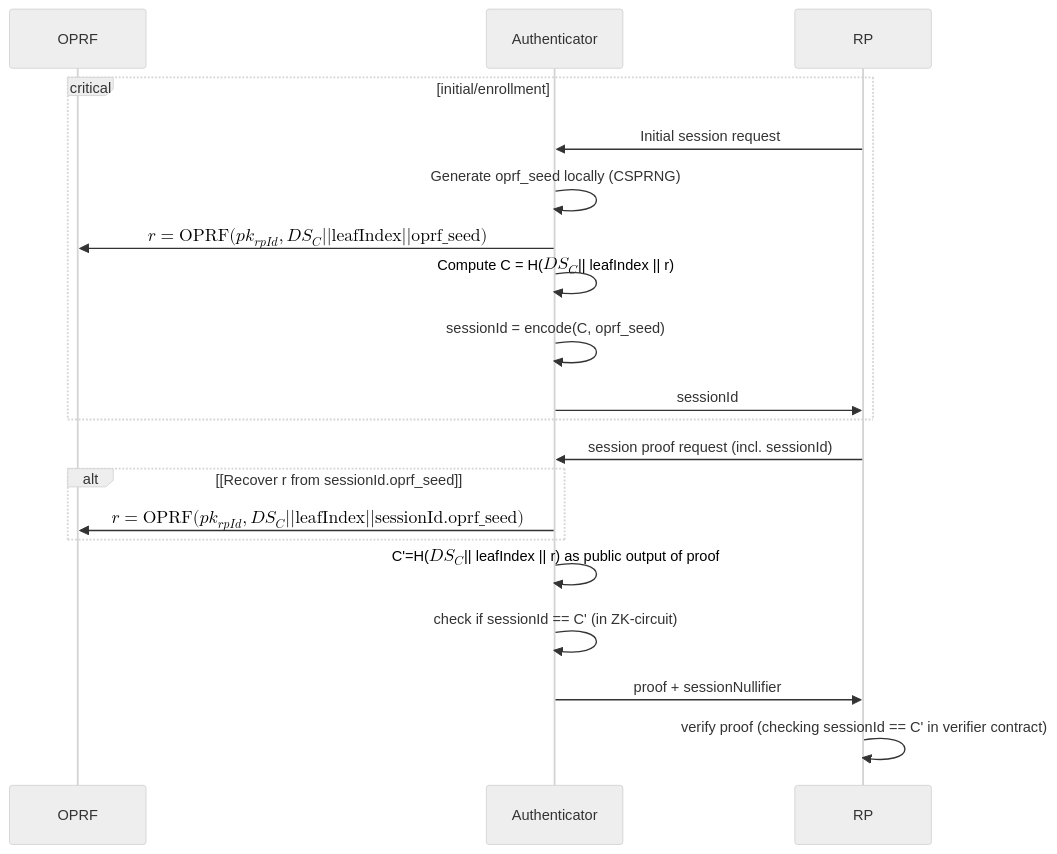
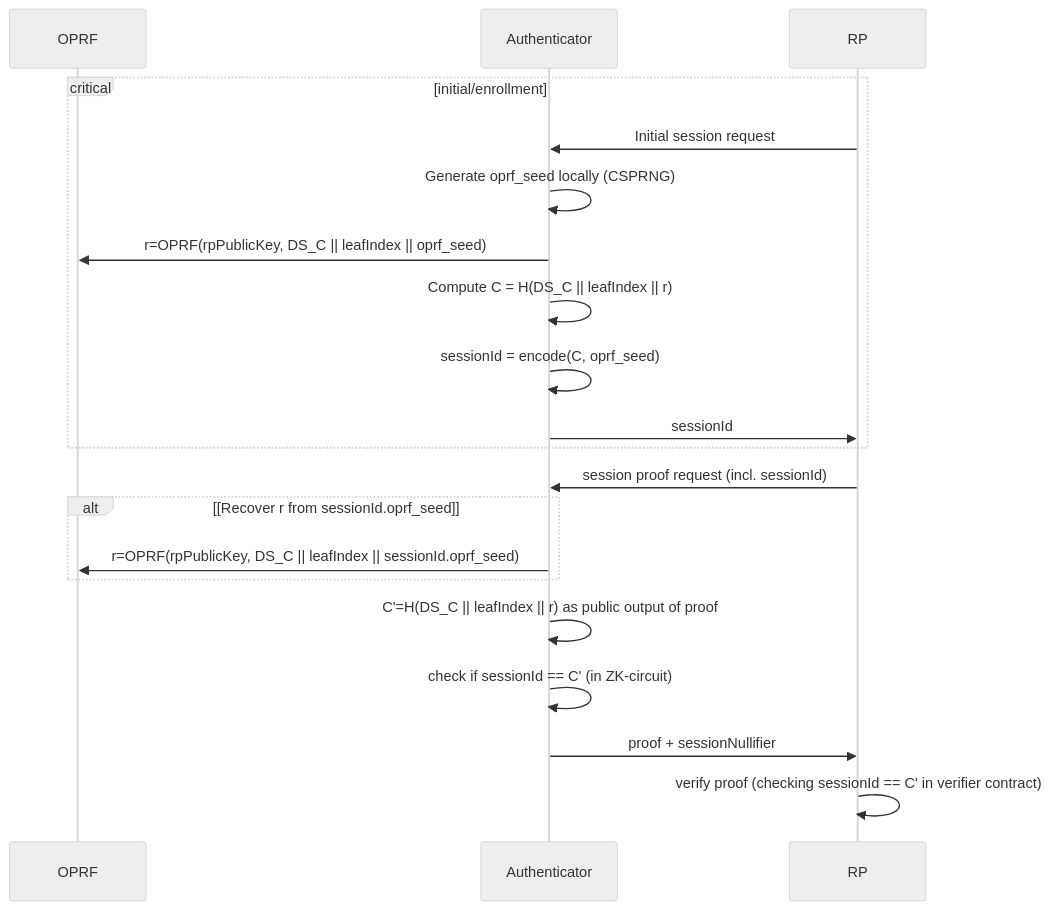
The second of 2 diagrams in docs/world-id-4-specs/README.md (worldcoin/world-id-protocol), drawn with Mermaid (neutral theme) before and after one commit.

Commit message:
latex doesn't work on mermaid

````diff
--- a/docs/world-id-4-specs/README.md
+++ b/docs/world-id-4-specs/README.md
@@ -249,25 +249,25 @@
 ```mermaid
 sequenceDiagram
 participant o as OPRF
 participant a as Authenticator
 participant rp as RP
 
 critical initial/enrollment
 rp ->> a: Initial session request
 a->>a: Generate oprf_seed locally (CSPRNG)
-a->>o: $$r=\texttt{OPRF}(pk_{rpId}, DS_C || \texttt{leafIndex} || \texttt{oprf\_seed})$$
-a->>a: Compute C = H($$DS_C$$ || leafIndex || r)
+a->>o: r=OPRF(rpPublicKey, DS_C || leafIndex || oprf_seed)
+a->>a: Compute C = H(DS_C || leafIndex || r)
 a->>a: sessionId = encode(C, oprf_seed)
 a ->> rp: sessionId
 end
 
 rp->>a: session proof request (incl. sessionId)
 
 alt [Recover r from sessionId.oprf_seed]
-a->>o: $$r=\texttt{OPRF}(pk_{rpId}, DS_C || \texttt{leafIndex} || \texttt{sessionId.oprf\_seed})$$
+a->>o: r=OPRF(rpPublicKey, DS_C || leafIndex || sessionId.oprf_seed)
 end
-a->>a: C'=H($$DS_C$$ || leafIndex || r) as public output of proof
+a->>a: C'=H(DS_C || leafIndex || r) as public output of proof
 a->>a: check if sessionId == C' (in ZK-circuit)
 a->>rp: proof + sessionNullifier
 rp->>rp: verify proof (checking sessionId == C' in verifier contract)
 ```
````
